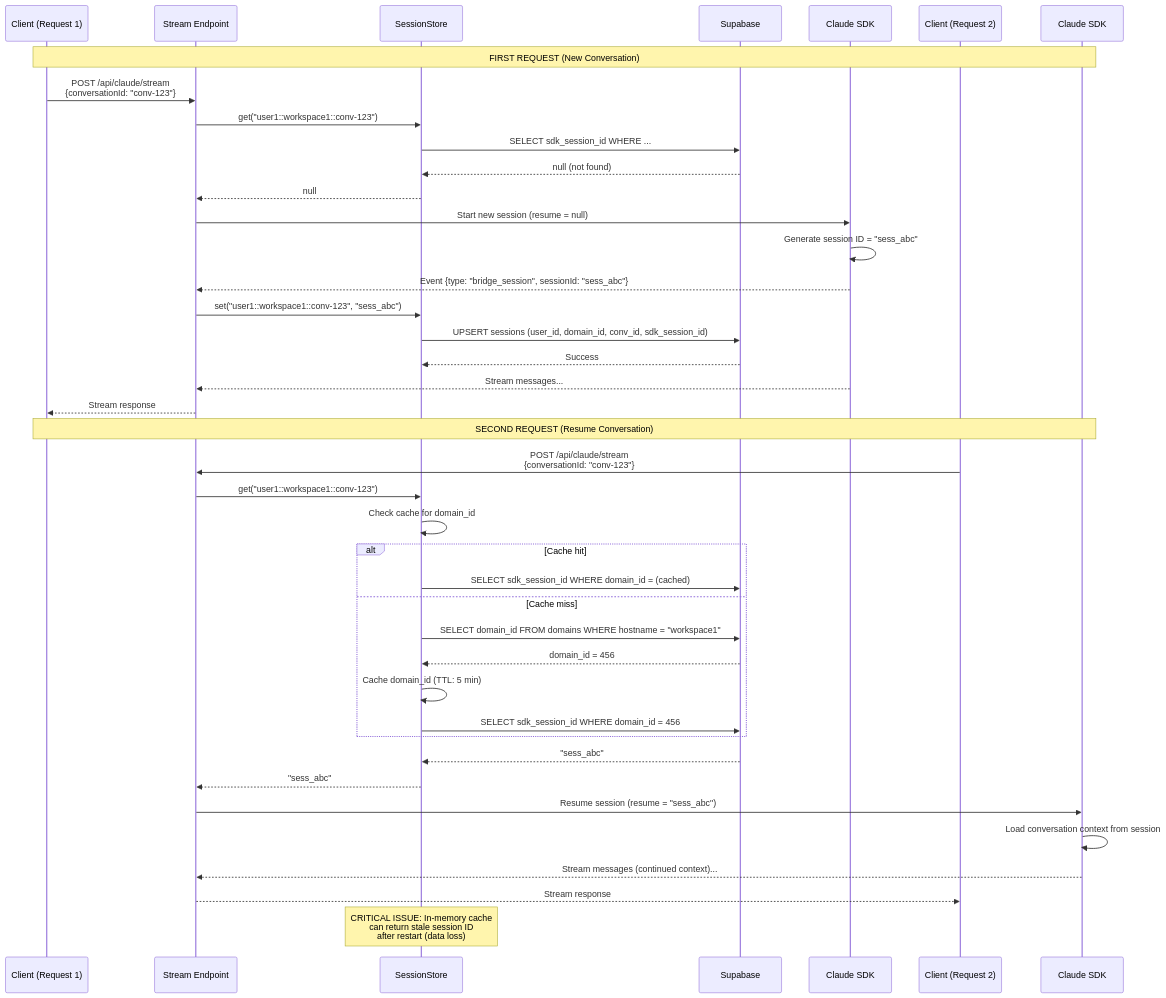
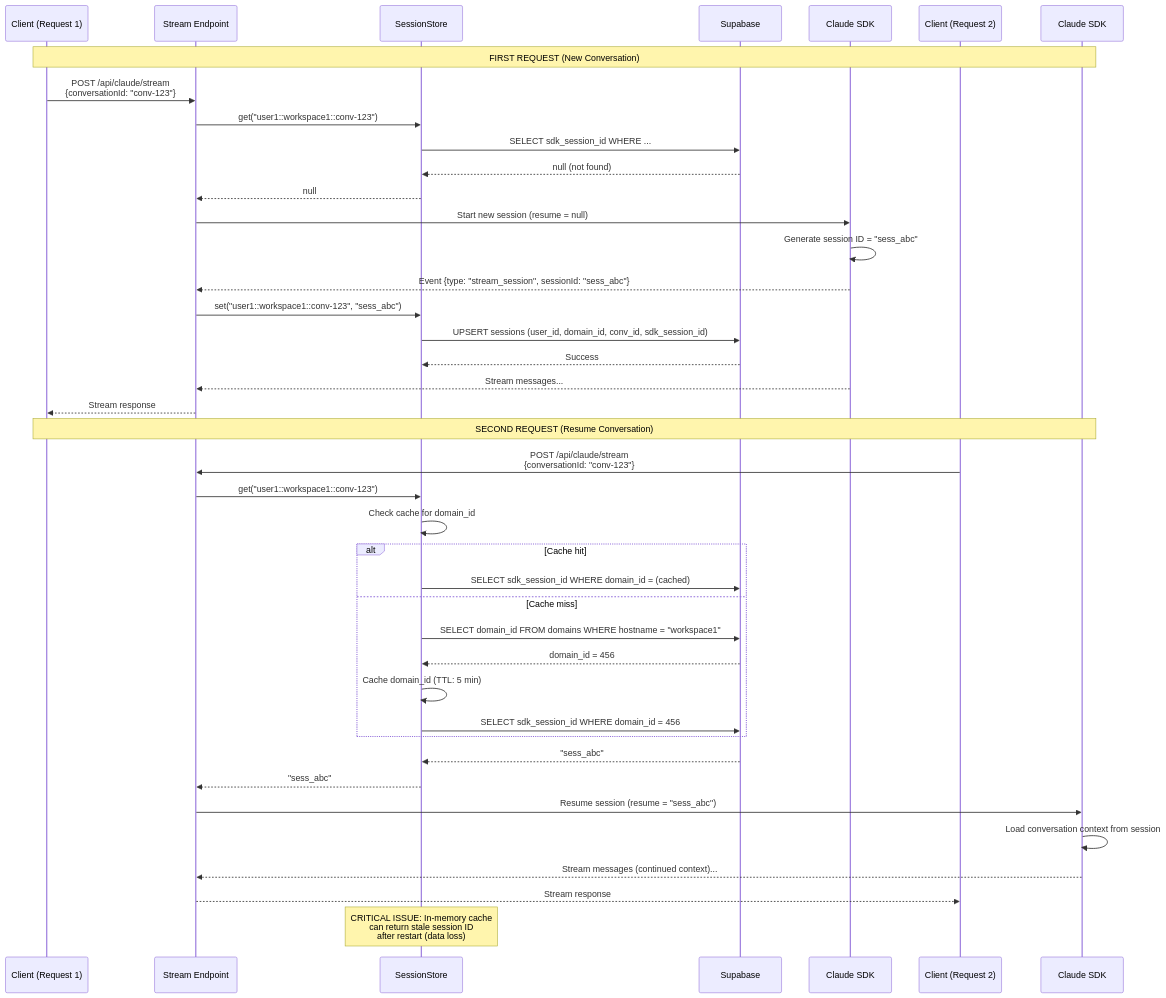
Before and after one commit to eenlars/alive: the sixth of 11 diagrams in docs/architecture/STREAM_ORCHESTRATOR_DIAGRAMS.md, drawn with Mermaid. The commit also changed other lines of this file and 153 other files, not shown here.

````diff
--- a/docs/architecture/STREAM_ORCHESTRATOR_DIAGRAMS.md
+++ b/docs/architecture/STREAM_ORCHESTRATOR_DIAGRAMS.md
@@ -366,48 +366,48 @@
 ```mermaid
 sequenceDiagram
     participant Client1 as Client (Request 1)
     participant Endpoint1 as Stream Endpoint
     participant SessionStore
     participant Supabase
     participant SDK1 as Claude SDK
     participant Client2 as Client (Request 2)
     participant SDK2 as Claude SDK
 
     Note over Client1,SDK2: FIRST REQUEST (New Conversation)
 
     Client1->>Endpoint1: POST /api/claude/stream<br/>{conversationId: "conv-123"}
     Endpoint1->>SessionStore: get("user1::workspace1::conv-123")
     SessionStore->>Supabase: SELECT sdk_session_id WHERE ...
     Supabase-->>SessionStore: null (not found)
     SessionStore-->>Endpoint1: null
     Endpoint1->>SDK1: Start new session (resume = null)
     SDK1->>SDK1: Generate session ID = "sess_abc"
-    SDK1-->>Endpoint1: Event {type: "bridge_session", sessionId: "sess_abc"}
+    SDK1-->>Endpoint1: Event {type: "stream_session", sessionId: "sess_abc"}
     Endpoint1->>SessionStore: set("user1::workspace1::conv-123", "sess_abc")
     SessionStore->>Supabase: UPSERT sessions (user_id, domain_id, conv_id, sdk_session_id)
     Supabase-->>SessionStore: Success
     SDK1-->>Endpoint1: Stream messages...
     Endpoint1-->>Client1: Stream response
 
     Note over Client1,SDK2: SECOND REQUEST (Resume Conversation)
 
     Client2->>Endpoint1: POST /api/claude/stream<br/>{conversationId: "conv-123"}
     Endpoint1->>SessionStore: get("user1::workspace1::conv-123")
     SessionStore->>SessionStore: Check cache for domain_id
     alt Cache hit
         SessionStore->>Supabase: SELECT sdk_session_id WHERE domain_id = (cached)
     else Cache miss
         SessionStore->>Supabase: SELECT domain_id FROM domains WHERE hostname = "workspace1"
         Supabase-->>SessionStore: domain_id = 456
         SessionStore->>SessionStore: Cache domain_id (TTL: 5 min)
         SessionStore->>Supabase: SELECT sdk_session_id WHERE domain_id = 456
     end
     Supabase-->>SessionStore: "sess_abc"
     SessionStore-->>Endpoint1: "sess_abc"
     Endpoint1->>SDK2: Resume session (resume = "sess_abc")
     SDK2->>SDK2: Load conversation context from session
     SDK2-->>Endpoint1: Stream messages (continued context)...
     Endpoint1-->>Client2: Stream response
 
     Note over SessionStore: CRITICAL ISSUE: In-memory cache<br/>can return stale session ID<br/>after restart (data loss)
 ```
````
